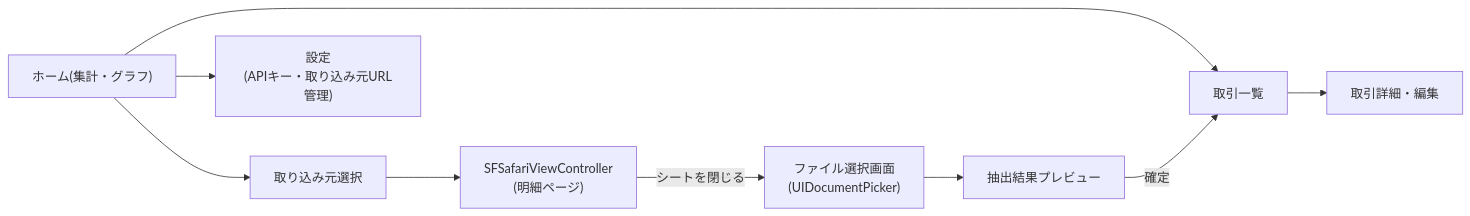
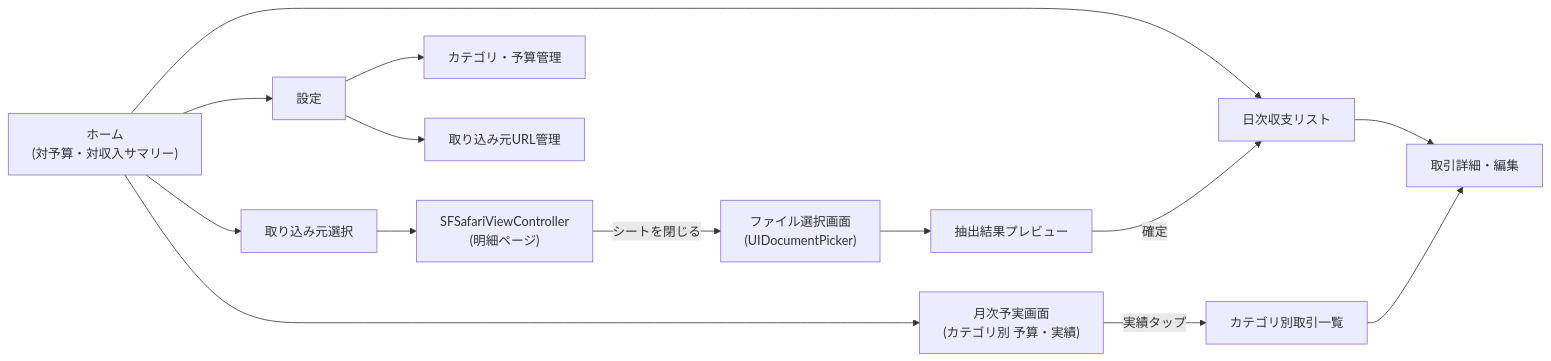
Before and after one commit to gotohhirohiko-netizen/sample: the diagram in docs/design.md, drawn with Mermaid. The commit also changed other lines of this file, not shown here.

First line of the commit message:
Update design doc for budget tracking and income/expense modeling

````diff
--- a/docs/design.md
+++ b/docs/design.md
@@ -7,11 +7,16 @@
 ```mermaid
 flowchart LR
-    Home["ホーム(集計・グラフ)"] --> List["取引一覧"]
+    Home["ホーム<br/>(対予算・対収入サマリー)"] --> DailyList["日次収支リスト"]
+    Home --> BudgetView["月次予実画面<br/>(カテゴリ別 予算・実績)"]
+    BudgetView -->|実績タップ| CategoryDrilldown["カテゴリ別取引一覧"]
     Home --> ImportSelect["取り込み元選択"]
     ImportSelect --> SafariSheet["SFSafariViewController<br/>(明細ページ)"]
     SafariSheet -->|シートを閉じる| FilePicker["ファイル選択画面<br/>(UIDocumentPicker)"]
     FilePicker --> Preview["抽出結果プレビュー"]
-    Preview -->|確定| List
-    List --> Detail["取引詳細・編集"]
-    Home --> Settings["設定<br/>(APIキー・取り込み元URL管理)"]
+    Preview -->|確定| DailyList
+    DailyList --> Detail["取引詳細・編集"]
+    CategoryDrilldown --> Detail
+    Home --> Settings["設定"]
+    Settings --> CategoryManage["カテゴリ・予算管理"]
+    Settings --> SourceManage["取り込み元URL管理"]
 ```
````
